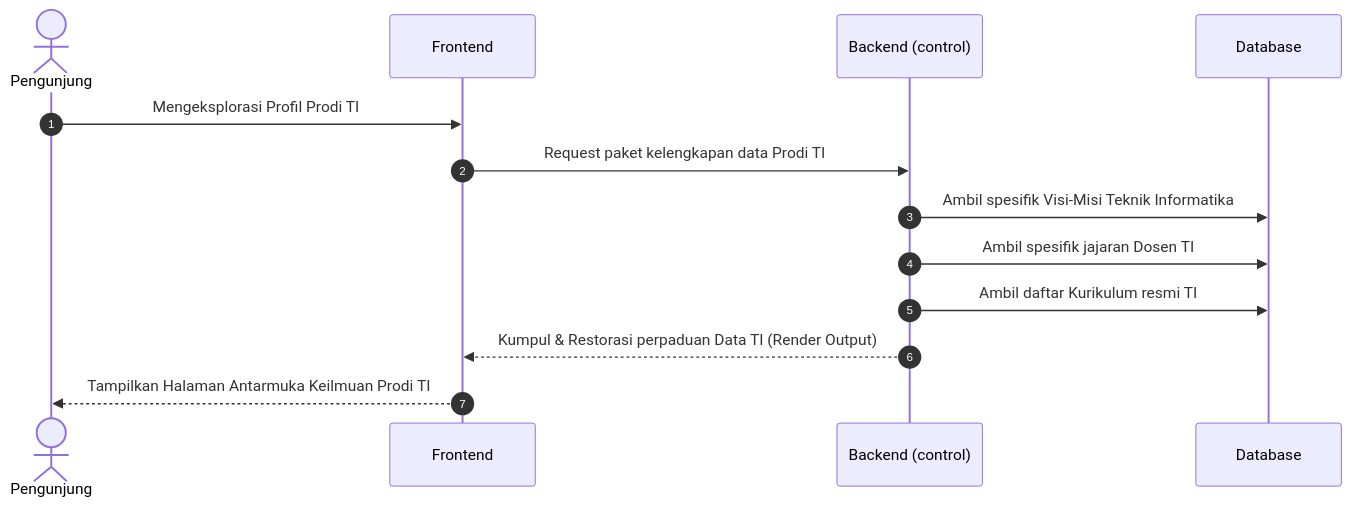
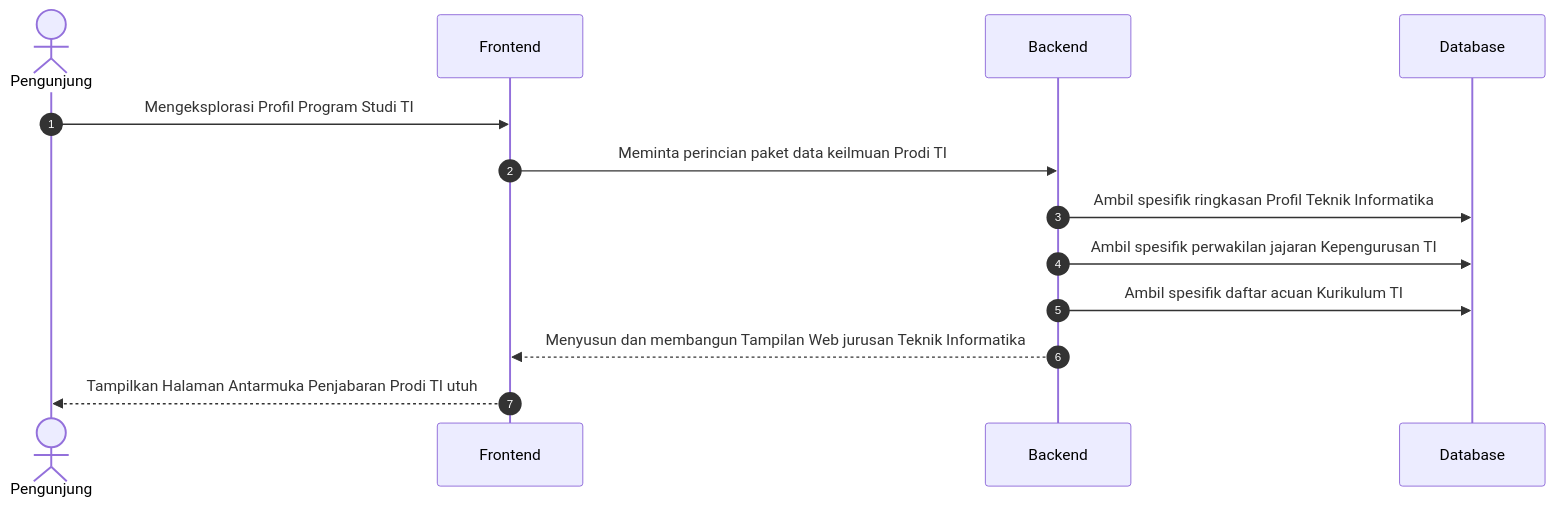
One commit to arbain-dev/Web_fikom changed the eighth of 22 diagrams in docs/kumpulan_sequence_frontend.md. Above: the diagram before and after it, drawn with Mermaid. The commit also changed other lines of this file and 1 other file, not shown here.

Commit message:
docs: menyederhanakan bahasa teknikal (query, render, html, http, json) menjadi perbendaharaan operasional sederhana di diagram aktivitas public frontend

````diff
--- a/docs/kumpulan_sequence_frontend.md
+++ b/docs/kumpulan_sequence_frontend.md
@@ -156,18 +151,18 @@
 ```mermaid
 sequenceDiagram
     autonumber
     actor User as Pengunjung
-    participant Frontend
-    participant Backend as Backend (control)
-    participant DB as Database
+    participant Frontend as Frontend
+    participant Backend as Backend
+    participant Database as Database
 
-    User->>Frontend: Mengeksplorasi Profil Prodi TI
-    Frontend->>Backend: Request paket kelengkapan data Prodi TI
+    User->>Frontend: Mengeksplorasi Profil Program Studi TI
+    Frontend->>Backend: Meminta perincian paket data keilmuan Prodi TI
     
-    Backend->>DB: Ambil spesifik Visi-Misi Teknik Informatika
-    Backend->>DB: Ambil spesifik jajaran Dosen TI
-    Backend->>DB: Ambil daftar Kurikulum resmi TI
+    Backend->>Database: Ambil spesifik ringkasan Profil Teknik Informatika
+    Backend->>Database: Ambil spesifik perwakilan jajaran Kepengurusan TI
+    Backend->>Database: Ambil spesifik daftar acuan Kurikulum TI
     
-    Backend-->>Frontend: Kumpul & Restorasi perpaduan Data TI (Render Output)
-    Frontend-->>User: Tampilkan Halaman Antarmuka Keilmuan Prodi TI
+    Backend-->>Frontend: Menyusun dan membangun Tampilan Web jurusan Teknik Informatika
+    Frontend-->>User: Tampilkan Halaman Antarmuka Penjabaran Prodi TI utuh
 ```
````
